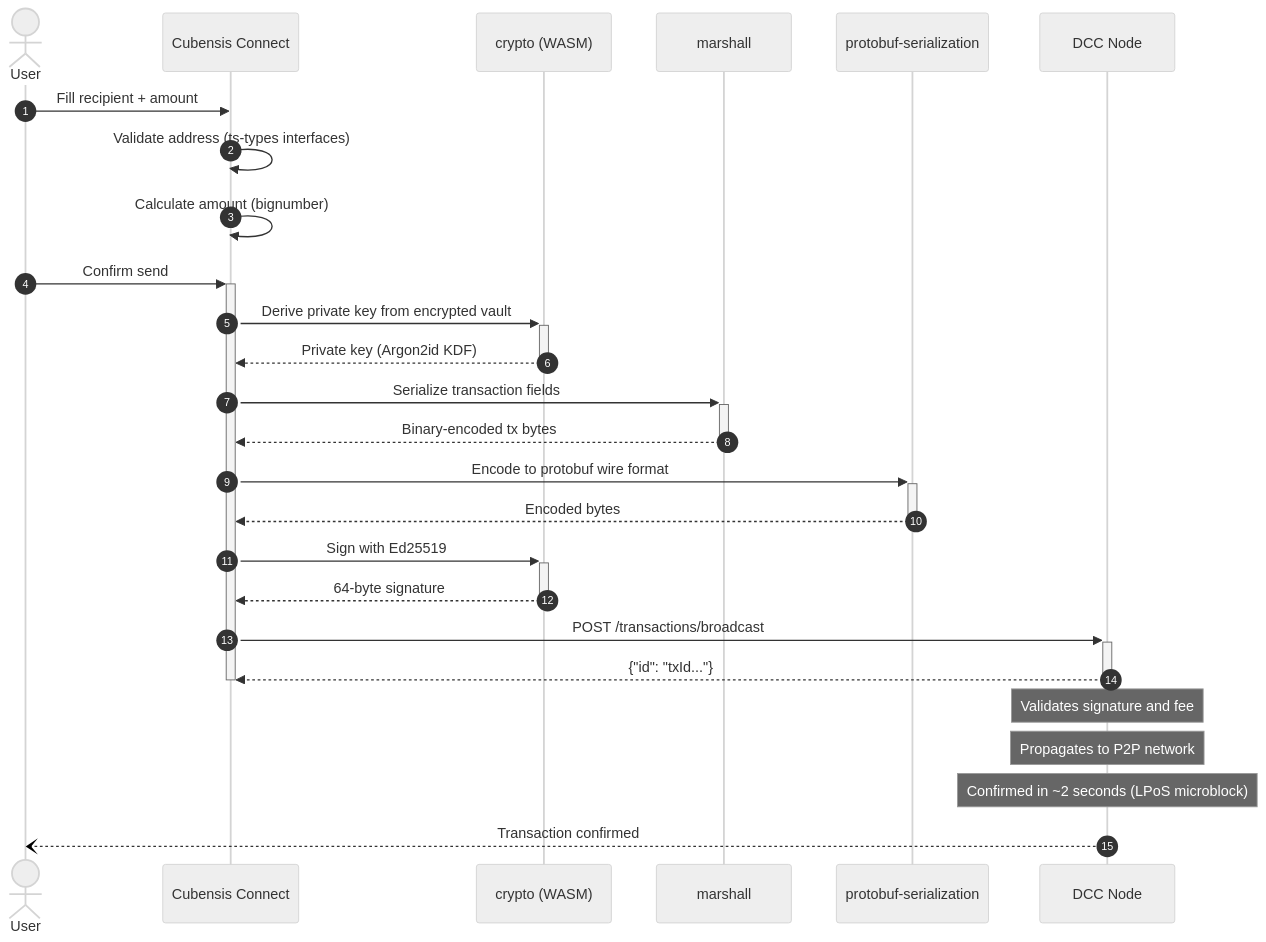
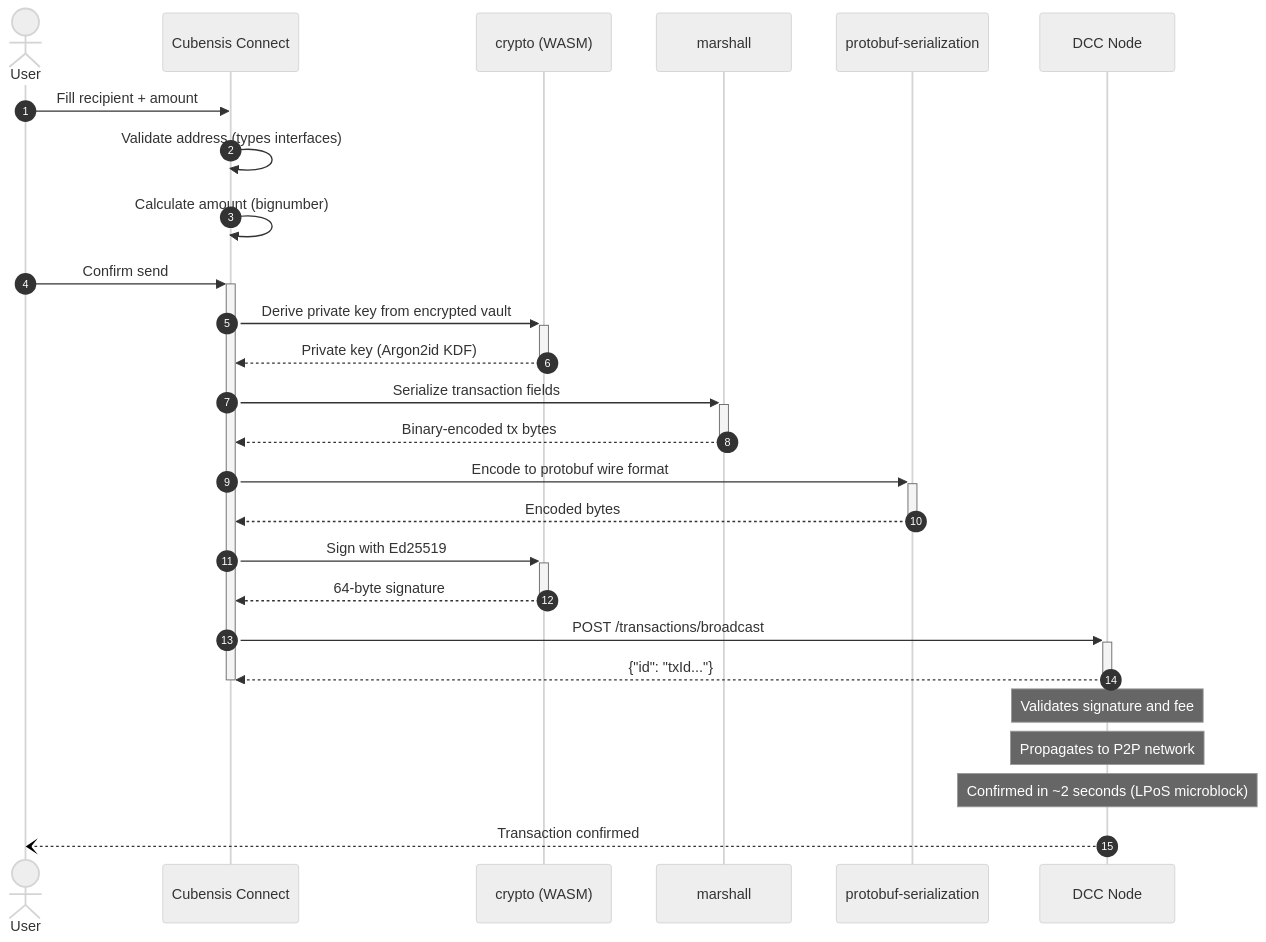
One commit to Decentral-America/DecentralChain changed the fifth of 9 diagrams in docs/ECOSYSTEM.md. Above: the diagram before and after it, drawn with Mermaid (neutral theme). The commit also changed other lines of this file and 25 other files, not shown here.

````diff
--- a/docs/ECOSYSTEM.md
+++ b/docs/ECOSYSTEM.md
@@ -434,39 +434,39 @@
 ```mermaid
 sequenceDiagram
     autonumber
     actor User
     participant CC as Cubensis Connect
     participant CRYPTO as crypto (WASM)
     participant MARSHALL as marshall
     participant PROTOBUF as protobuf-serialization
     participant NODE as DCC Node
 
     User->>CC: Fill recipient + amount
-    CC->>CC: Validate address (ts-types interfaces)
+    CC->>CC: Validate address (types interfaces)
     CC->>CC: Calculate amount (bignumber)
 
     User->>+CC: Confirm send
 
     CC->>+CRYPTO: Derive private key from encrypted vault
     CRYPTO-->>-CC: Private key (Argon2id KDF)
 
     CC->>+MARSHALL: Serialize transaction fields
     MARSHALL-->>-CC: Binary-encoded tx bytes
 
     CC->>+PROTOBUF: Encode to protobuf wire format
     PROTOBUF-->>-CC: Encoded bytes
 
     CC->>+CRYPTO: Sign with Ed25519
     CRYPTO-->>-CC: 64-byte signature
 
     CC->>+NODE: POST /transactions/broadcast
     NODE-->>-CC: {"id": "txId..."}
 
     deactivate CC
 
     Note over NODE: Validates signature and fee
     Note over NODE: Propagates to P2P network
     Note over NODE: Confirmed in ~2 seconds (LPoS microblock)
 
     NODE--)User: Transaction confirmed
 ```
````
